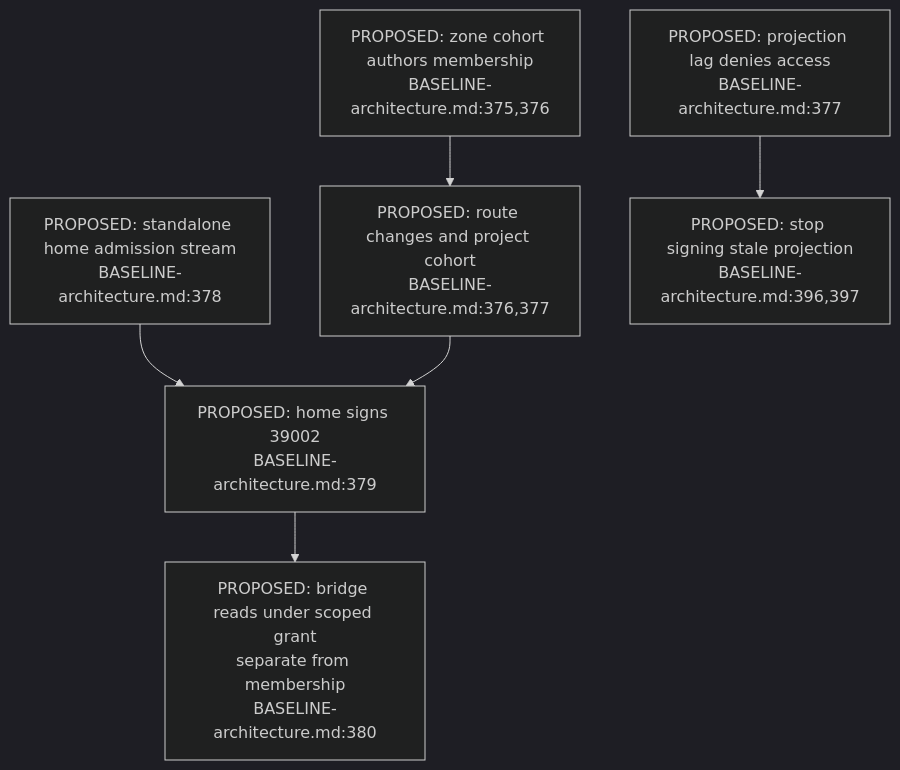
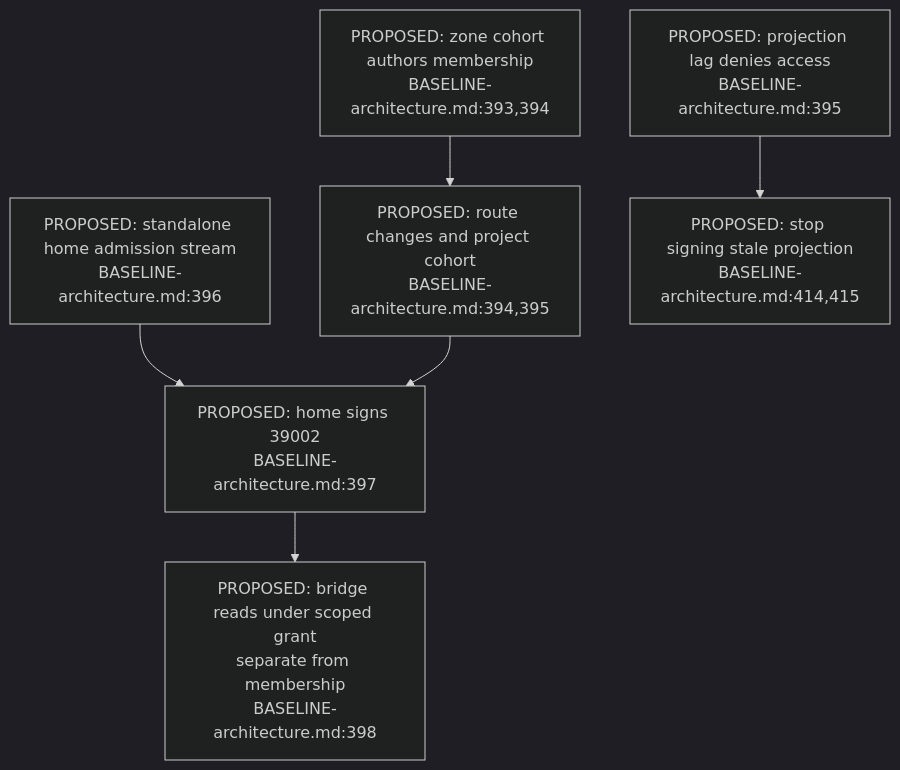
The first of 3 diagrams in docs/diagrams/nostr-rust-forum/14-proposed-group-replication-and-spaces.md (DreamLab-AI/VisionFlow), drawn with Mermaid (dark theme) before and after one commit. The commit also changed other lines of this file and 23 other files, not shown here.

First line of the commit message:
docs(diagrams): pass C nostr-rust-forum area re-verified at de31aaa

````diff
--- a/docs/diagrams/nostr-rust-forum/14-proposed-group-replication-and-spaces.md
+++ b/docs/diagrams/nostr-rust-forum/14-proposed-group-replication-and-spaces.md
@@ -25,9 +25,9 @@
 ```mermaid
 flowchart TD
-    COHORT["PROPOSED: zone cohort authors membership<br/>BASELINE-architecture.md:375,376"] --> PROJECT["PROPOSED: route changes and project cohort<br/>BASELINE-architecture.md:376,377"]
-    STREAM["PROPOSED: standalone home admission stream<br/>BASELINE-architecture.md:378"] --> SIGN["PROPOSED: home signs 39002<br/>BASELINE-architecture.md:379"]
+    COHORT["PROPOSED: zone cohort authors membership<br/>BASELINE-architecture.md:393,394"] --> PROJECT["PROPOSED: route changes and project cohort<br/>BASELINE-architecture.md:394,395"]
+    STREAM["PROPOSED: standalone home admission stream<br/>BASELINE-architecture.md:396"] --> SIGN["PROPOSED: home signs 39002<br/>BASELINE-architecture.md:397"]
     PROJECT --> SIGN
-    LAG["PROPOSED: projection lag denies access<br/>BASELINE-architecture.md:377"] --> STOP["PROPOSED: stop signing stale projection<br/>BASELINE-architecture.md:396,397"]
-    BRIDGE["PROPOSED: bridge reads under scoped grant<br/>separate from membership<br/>BASELINE-architecture.md:380"]
+    LAG["PROPOSED: projection lag denies access<br/>BASELINE-architecture.md:395"] --> STOP["PROPOSED: stop signing stale projection<br/>BASELINE-architecture.md:414,415"]
+    BRIDGE["PROPOSED: bridge reads under scoped grant<br/>separate from membership<br/>BASELINE-architecture.md:398"]
     SIGN --> BRIDGE
 ```
````
